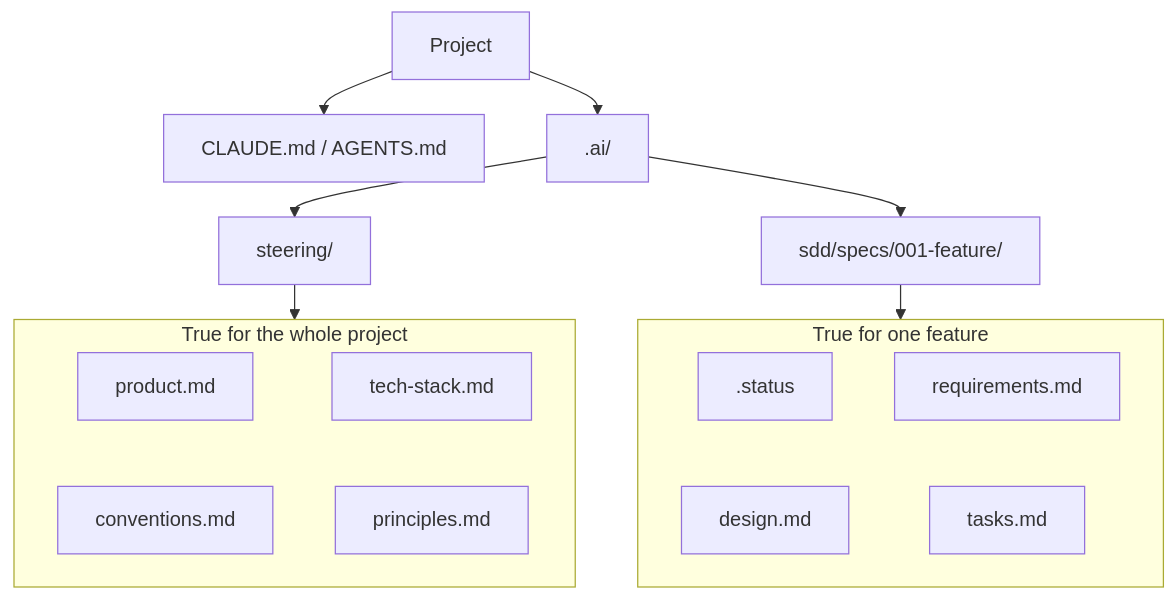
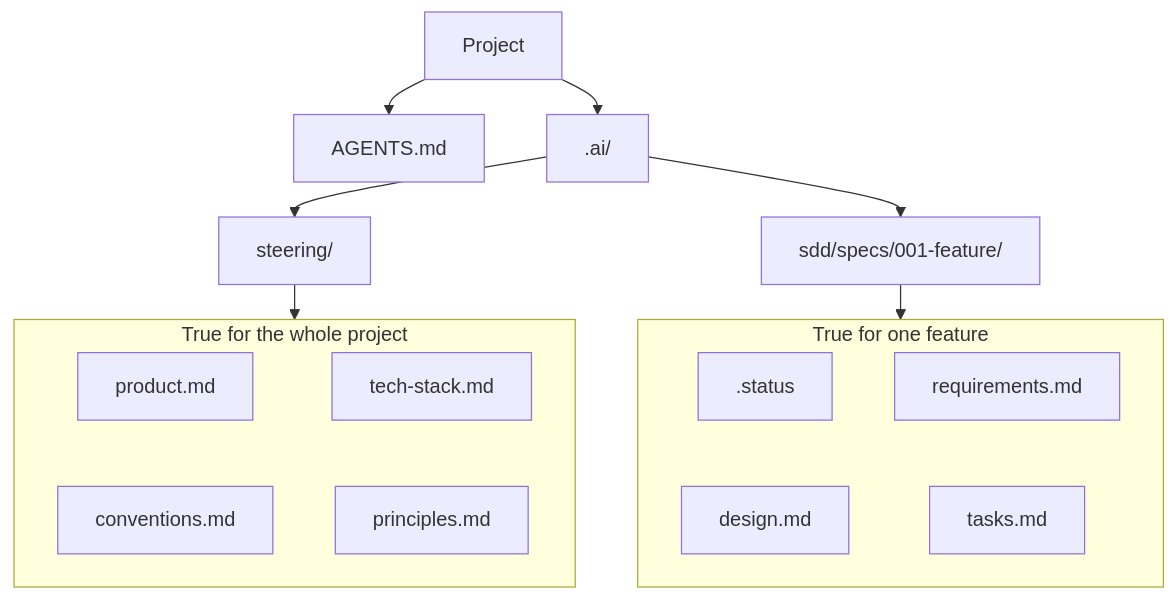
The third of 15 diagrams in BOOK.en.md (felipefontoura/spec-driven-development-book), drawn with Mermaid before and after one commit. The commit also changed other lines of this file and 1 other file, not shown here.

````diff
--- a/BOOK.en.md
+++ b/BOOK.en.md
@@ -349,40 +349,40 @@
 ```mermaid
 ---
 config:
   flowchart:
     rankSpacing: 28
 ---
 flowchart TB
-    ROOT[Project] --> CM[CLAUDE.md / AGENTS.md]
+    ROOT[Project] --> CM[AGENTS.md]
     ROOT --> AI[.ai/]
     AI --> ST[steering/]
     AI --> SP[sdd/specs/001-feature/]
 
     subgraph GLOBAL["True for the whole project"]
         direction TB
         S1[product.md]
         S2[tech-stack.md]
         S3[conventions.md]
         S4[principles.md]
         S1 ~~~ S3
         S2 ~~~ S4
     end
 
     subgraph FEATURE["True for one feature"]
         direction TB
         STAT[.status]
         R[requirements.md]
         D[design.md]
         T[tasks.md]
         STAT ~~~ D
         R ~~~ T
     end
 
     ST --> GLOBAL
     SP --> FEATURE
 
     class STAT accent;
     class R,D,T soft;
     class S1,S2,S3,S4 neutral;
     class ROOT,AI,ST,SP,CM muted;
 ```
````
